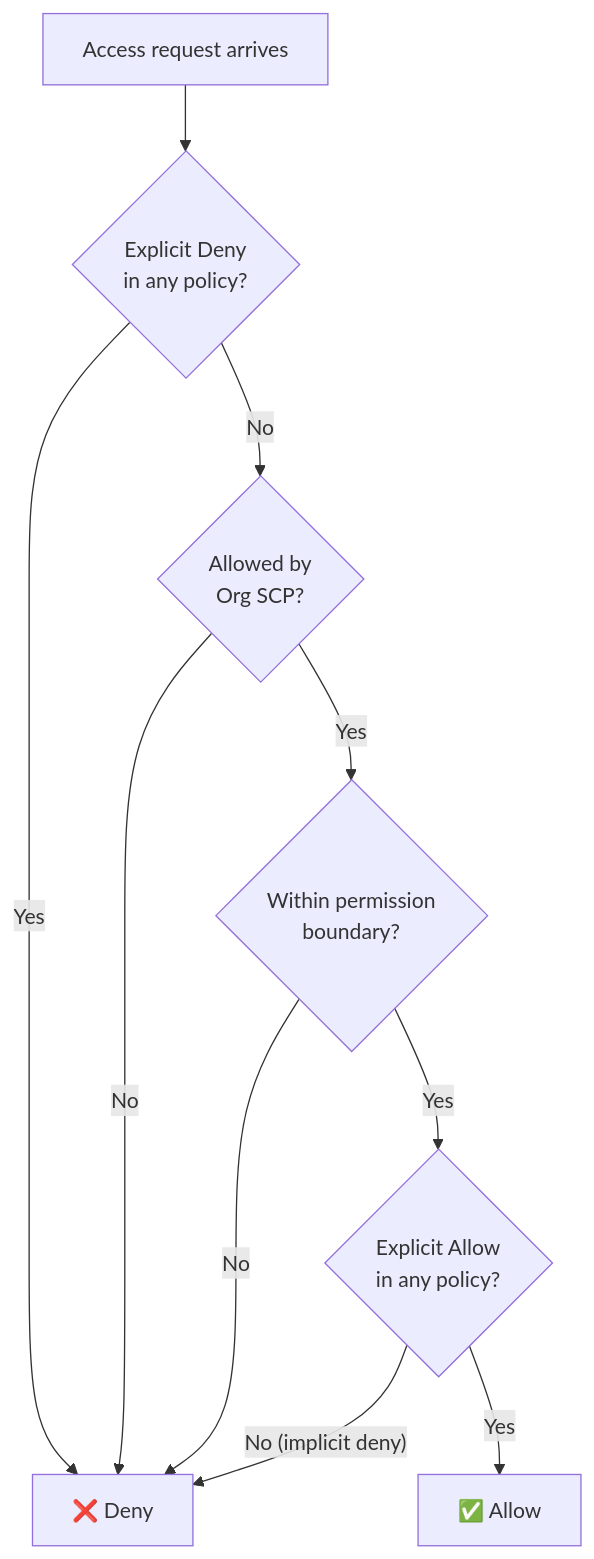
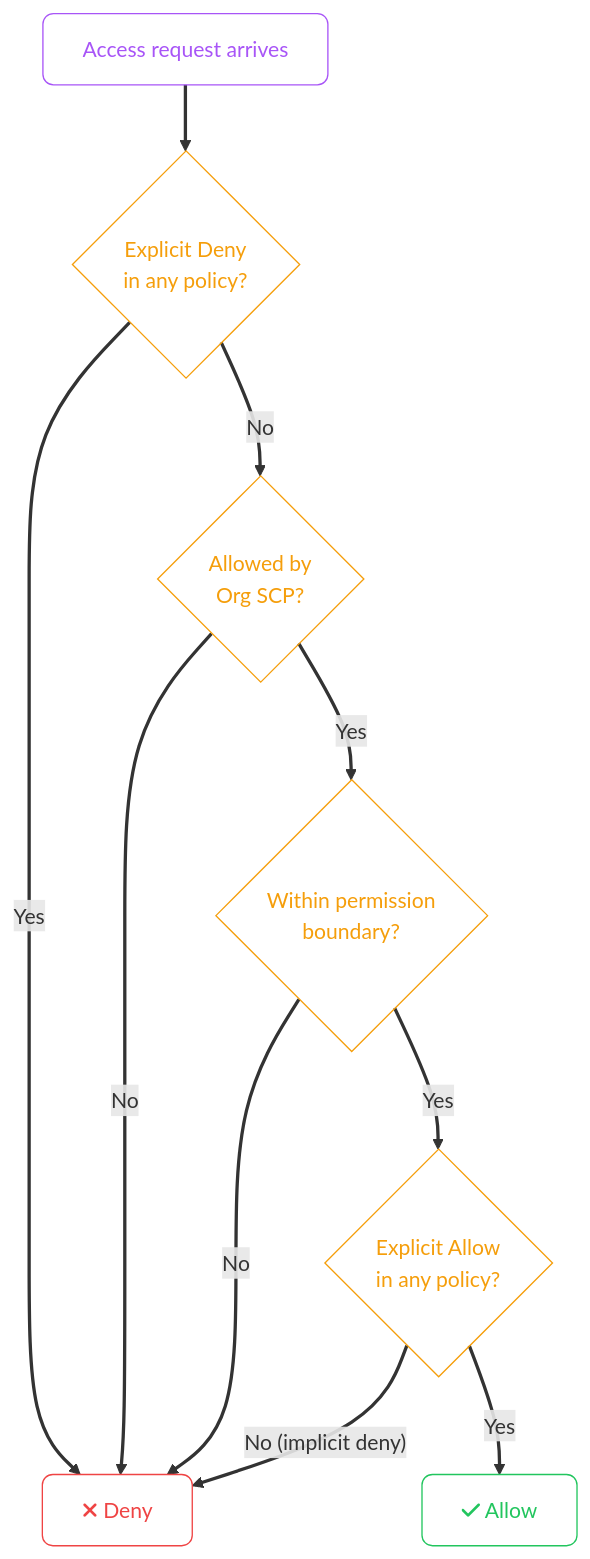
One commit to zafarale/cloudification changed the second of 8 diagrams in src/content/cloud/aws/03-securing-your-system.mdx. Above: the diagram before and after it, drawn with Mermaid. The commit also changed other lines of this file and 84 other files, not shown here.

````diff
--- a/src/content/cloud/aws/03-securing-your-system.mdx
+++ b/src/content/cloud/aws/03-securing-your-system.mdx
@@ -76,20 +82,28 @@
 ```mermaid
 flowchart TD
-    REQ["Access request arrives"]
-    DENY_EX{"Explicit Deny\nin any policy?"}
-    ALLOW_EX{"Explicit Allow\nin any policy?"}
-    ORG_SCP{"Allowed by\nOrg SCP?"}
-    BOUNDARY{"Within permission\nboundary?"}
-    ALLOW["✅ Allow"]
-    DENY["❌ Deny"]
+    accTitle: IAM Policy Evaluation
+    accDescr: Flowchart (td) showing Access request arrives, Explicit Deny in any policy, Explicit Allow in any policy
+    classDef step fill:none,stroke:#a855f7,color:#a855f7,rx:8,ry:8
+    classDef ok   fill:none,stroke:#22c55e,color:#22c55e,rx:8,ry:8
+    classDef fail fill:none,stroke:#ef4444,color:#ef4444,rx:8,ry:8
+    classDef decesion fill:none,stroke:#f59e0b,color:#f59e0b,rx:8,ry:8
+    linkStyle default stroke-width:2.5px
+
+    REQ["Access request arrives"]:::step
+    DENY_EX{"Explicit Deny<br/>in any policy?"}:::decesion
+    ALLOW_EX{"Explicit Allow<br/>in any policy?"}:::decesion
+    ORG_SCP{"Allowed by<br/>Org SCP?"}:::decesion
+    BOUNDARY{"Within permission<br/>boundary?"}:::decesion
+    ALLOW["fa:fa-check Allow"]:::ok
+    DENY["fa:fa-xmark Deny"]:::fail
 
     REQ --> DENY_EX
     DENY_EX -- "Yes" --> DENY
     DENY_EX -- "No" --> ORG_SCP
     ORG_SCP -- "No" --> DENY
     ORG_SCP -- "Yes" --> BOUNDARY
     BOUNDARY -- "No" --> DENY
     BOUNDARY -- "Yes" --> ALLOW_EX
     ALLOW_EX -- "Yes" --> ALLOW
     ALLOW_EX -- "No (implicit deny)" --> DENY
 ```
````
